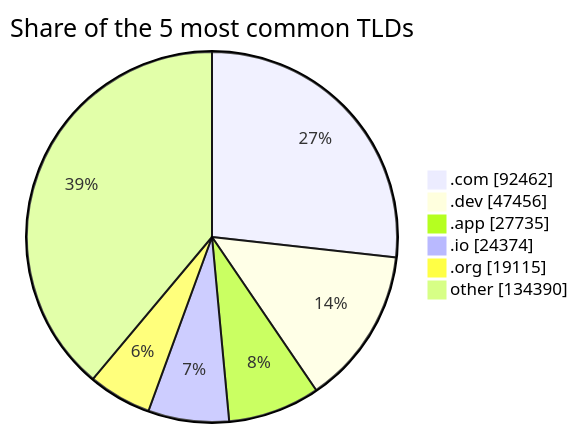
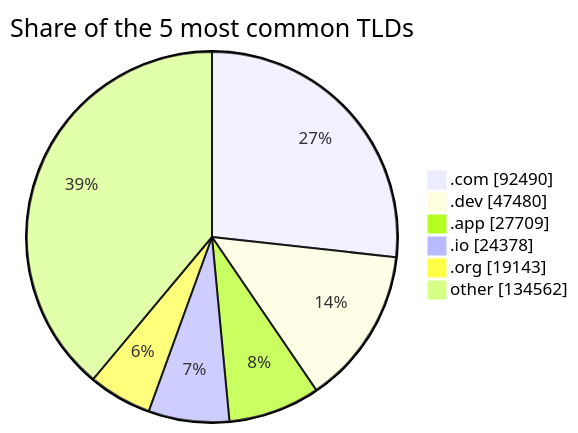
The third of 3 diagrams in README.md (DNSBunker/CTI), drawn with Mermaid before and after one commit. The commit also changed other lines of this file and 3 other files, not shown here.

````diff
--- a/README.md
+++ b/README.md
@@ -81,9 +81,9 @@
 ```mermaid
 pie showData title Share of the 5 most common TLDs
-    ".com" : 92462
-    ".dev" : 47456
-    ".app" : 27735
-    ".io" : 24374
-    ".org" : 19115
-    "other" : 134390
+    ".com" : 92490
+    ".dev" : 47480
+    ".app" : 27709
+    ".io" : 24378
+    ".org" : 19143
+    "other" : 134562
 ```
````
